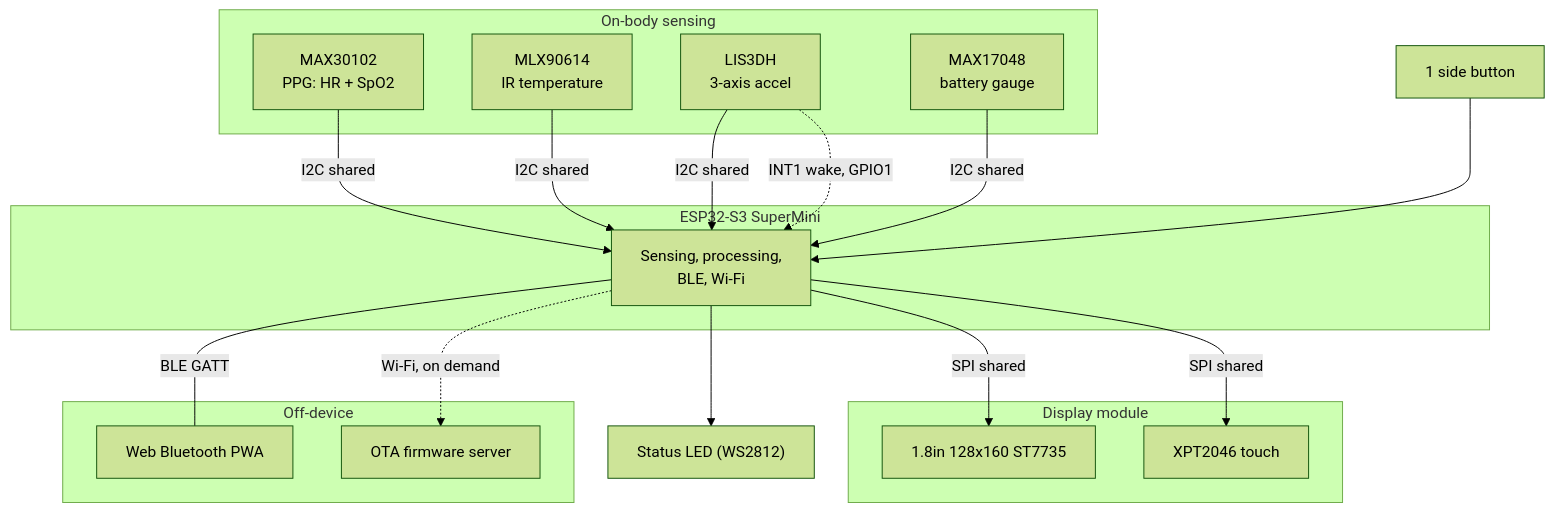
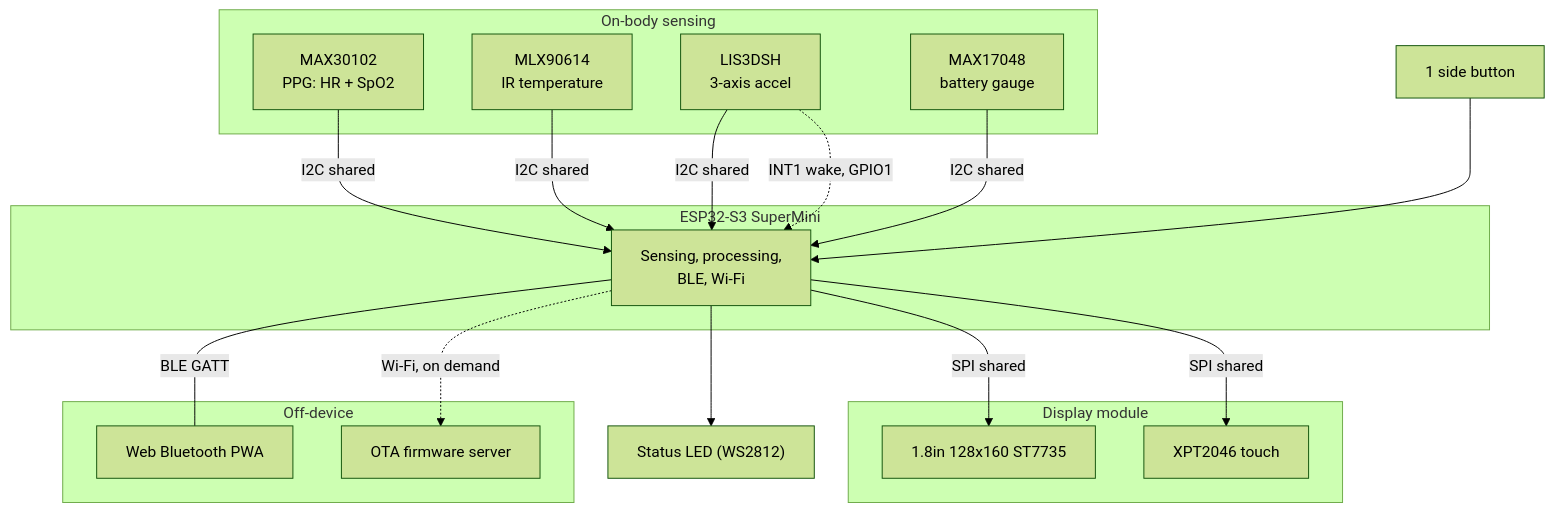
Before and after one commit to TheWebDevEhi/health-wearable: the first of 8 diagrams in readme.md, drawn with Mermaid (forest theme). The commit also changed other lines of this file and 10 other files, not shown here.

Commit message:
Corrected address for Lis3dsh and also wrote custom library for it

````diff
--- a/readme.md
+++ b/readme.md
@@ -50,40 +50,40 @@
 ```mermaid
 flowchart TB
     subgraph BODY["On-body sensing"]
         PPG["MAX30102<br/>PPG: HR + SpO2"]
         TEMP["MLX90614<br/>IR temperature"]
-        ACCEL["LIS3DH<br/>3-axis accel"]
+        ACCEL["LIS3DSH<br/>3-axis accel"]
         FUEL["MAX17048<br/>battery gauge"]
     end
 
     subgraph MCUBOX["ESP32-S3 SuperMini"]
         CORE["Sensing, processing,<br/>BLE, Wi-Fi"]
     end
 
     subgraph UI["Display module"]
         LCD["1.8in 128x160 ST7735"]
         TOUCH["XPT2046 touch"]
     end
 
     LED["Status LED (WS2812)"]
     BTN["1 side button"]
 
     subgraph PHONE["Off-device"]
         PWA["Web Bluetooth PWA"]
         OTA["OTA firmware server"]
     end
 
     PPG -->|I2C shared| CORE
     TEMP -->|I2C shared| CORE
     ACCEL -->|I2C shared| CORE
     ACCEL -.->|INT1 wake, GPIO1| CORE
     FUEL -->|I2C shared| CORE
 
     CORE -->|SPI shared| LCD
     CORE -->|SPI shared| TOUCH
     CORE --> LED
     BTN --> CORE
 
     CORE ---|BLE GATT| PWA
     CORE -.->|Wi-Fi, on demand| OTA
 ```
````
